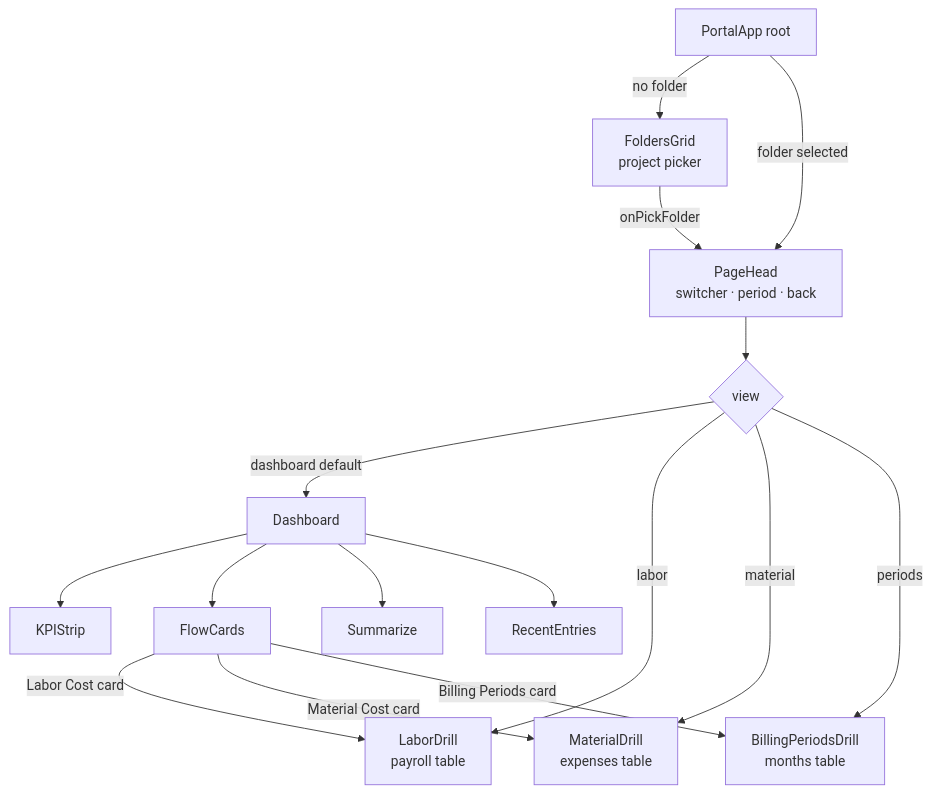
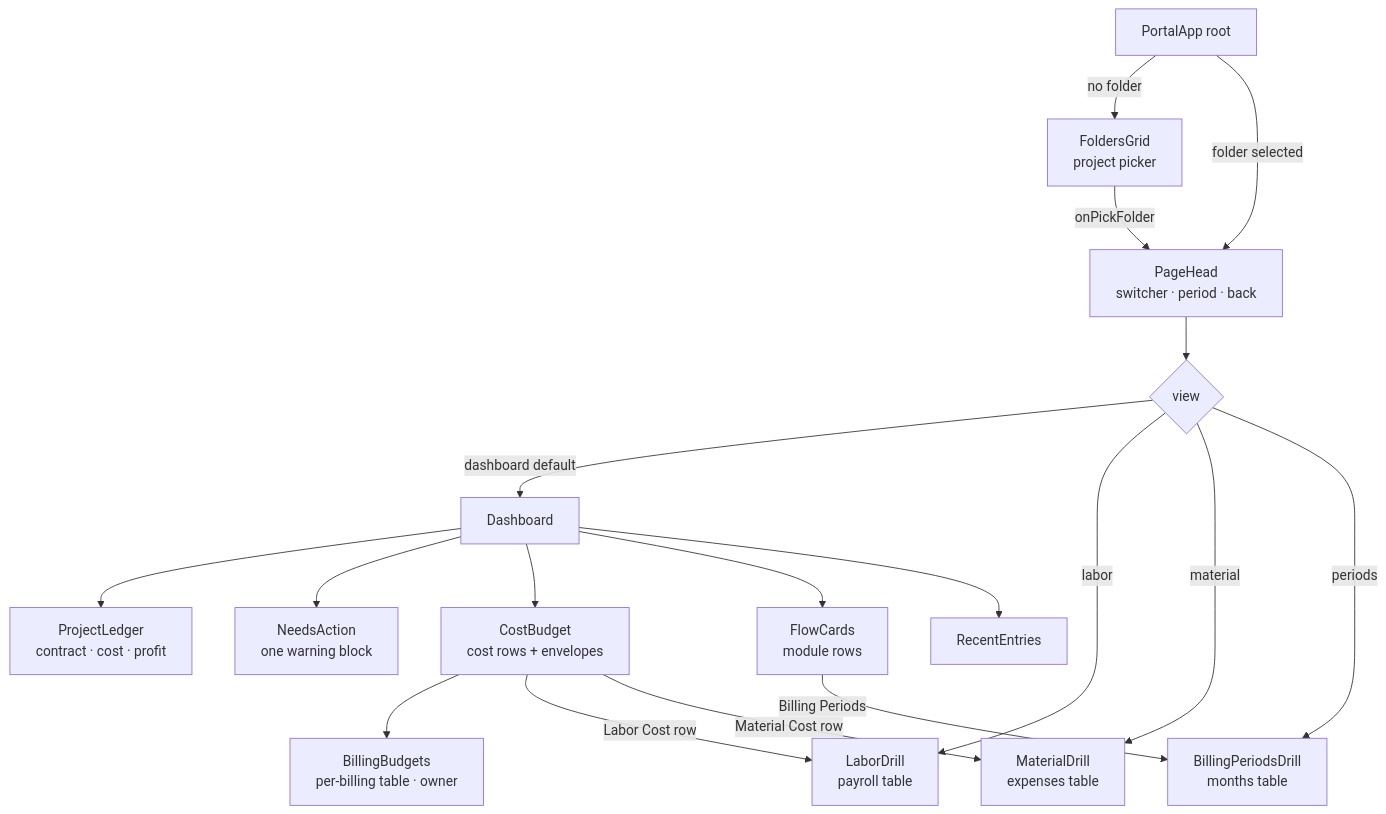
The diagram in docs/project-control-chart.md (dacscompany-corp/DaCs_Company), drawn with Mermaid before and after one commit. The commit also changed other lines of this file and 14 other files, not shown here.

````diff
--- a/docs/project-control-chart.md
+++ b/docs/project-control-chart.md
@@ -47,22 +52,24 @@
 ```mermaid
 flowchart TD
     A[PortalApp root] -->|no folder| B[FoldersGrid<br/>project picker]
     A -->|folder selected| C[PageHead<br/>switcher · period · back]
 
     B -->|onPickFolder| C
 
     C --> D{view}
     D -->|dashboard default| E[Dashboard]
     D -->|labor| F[LaborDrill<br/>payroll table]
     D -->|material| G[MaterialDrill<br/>expenses table]
     D -->|periods| H[BillingPeriodsDrill<br/>months table]
 
-    E --> E1[KPIStrip]
-    E --> E2[FlowCards]
-    E --> E3[Summarize]
-    E --> E4[RecentEntries]
+    E --> E1[ProjectLedger<br/>contract · cost · profit]
+    E --> E2[NeedsAction<br/>one warning block]
+    E --> E3[CostBudget<br/>cost rows + envelopes]
+    E3 --> E5[BillingBudgets<br/>per-billing table · owner]
+    E --> E4[FlowCards<br/>module rows]
+    E --> E6[RecentEntries]
 
-    E2 -->|Labor Cost card| F
-    E2 -->|Material Cost card| G
-    E2 -->|Billing Periods card| H
+    E3 -->|Labor Cost row| F
+    E3 -->|Material Cost row| G
+    E4 -->|Billing Periods| H
 ```
````
